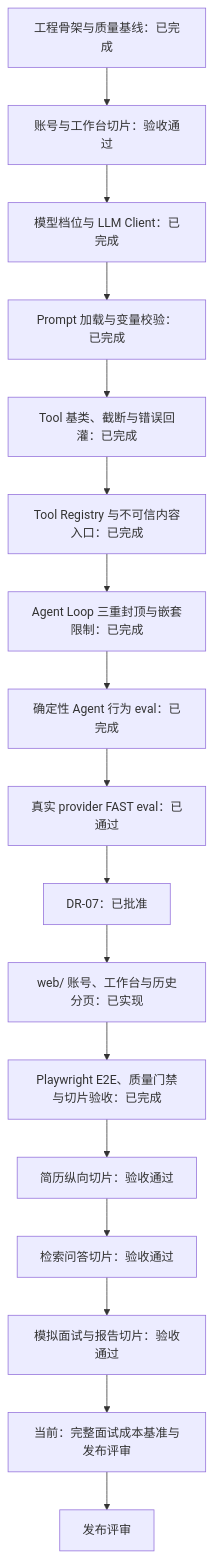
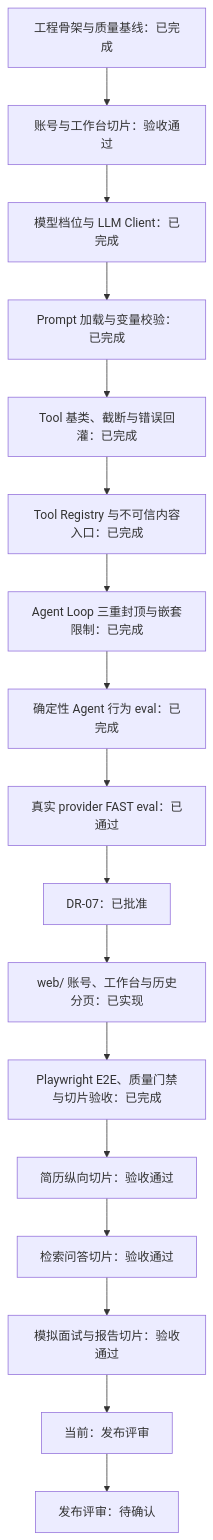
Before and after one commit to Rainloury/technical-interview-agent: the diagram in docs/next-steps.md, drawn with Mermaid. The commit also changed other lines of this file and 11 other files, not shown here.

````diff
--- a/docs/next-steps.md
+++ b/docs/next-steps.md
@@ -53,19 +53,19 @@
 ```mermaid
 flowchart TD
     S0["工程骨架与质量基线：已完成"] --> N0["账号与工作台切片：验收通过"]
     N0 --> N1["模型档位与 LLM Client：已完成"]
     N1 --> N2["Prompt 加载与变量校验：已完成"]
     N2 --> N3["Tool 基类、截断与错误回灌：已完成"]
     N3 --> N4["Tool Registry 与不可信内容入口：已完成"]
     N4 --> N5["Agent Loop 三重封顶与嵌套限制：已完成"]
     N5 --> N6["确定性 Agent 行为 eval：已完成"]
     N6 --> N7["真实 provider FAST eval：已通过"]
     N7 --> N8["DR-07：已批准"]
     N8 --> N9["web/ 账号、工作台与历史分页：已实现"]
     N9 --> N10["Playwright E2E、质量门禁与切片验收：已完成"]
     N10 --> N11["简历纵向切片：验收通过"]
     N11 --> N12["检索问答切片：验收通过"]
     N12 --> N13["模拟面试与报告切片：验收通过"]
-    N13 --> N14["当前：完整面试成本基准与发布评审"]
-    N14 --> N15["发布评审"]
+    N13 --> N14["当前：发布评审"]
+    N14 --> N15["发布评审：待确认"]
 ```
````
